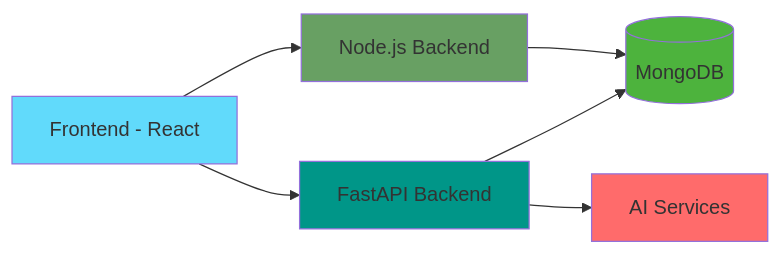
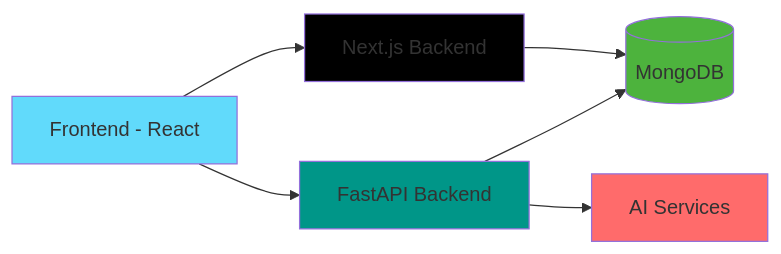
The diagram in readme.md (Dhritikrishna123/Actify), drawn with Mermaid before and after one commit. The commit also changed other lines of this file, not shown here.

Commit message:
Update README with Next.js backend, enhanced contributors section, and Actify logo

````diff
--- a/readme.md
+++ b/readme.md
@@ -48,13 +48,13 @@
 ```mermaid
 graph LR
     A[Frontend - React] --> B[FastAPI Backend]
-    A --> C[Node.js Backend]
+    A --> C[Next.js Backend]
     B --> D[(MongoDB)]
     C --> D
     B --> E[AI Services]
     style A fill:#61DAFB
     style B fill:#009688
-    style C fill:#68A063
+    style C fill:#000000
     style D fill:#4DB33D
     style E fill:#FF6B6B
 ```
````
